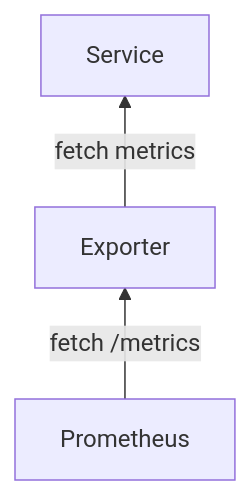
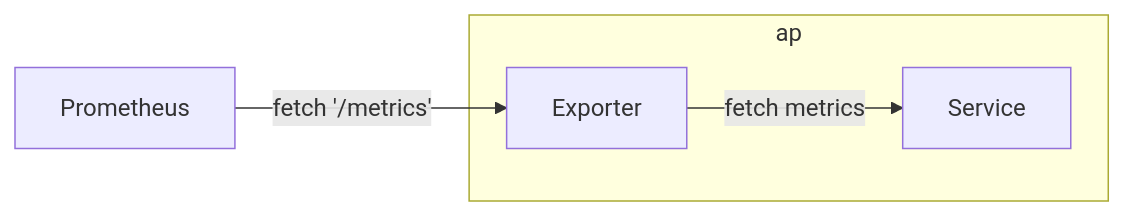
The second of 4 diagrams in DevOps/docker-composes/9090_prometheus/Prometheus.md (cool21540125/documentation-notes), drawn with Mermaid before and after one commit. The commit also changed other lines of this file and 8 other files, not shown here.

````diff
--- a/DevOps/docker-composes/9090_prometheus/Prometheus.md
+++ b/DevOps/docker-composes/9090_prometheus/Prometheus.md
@@ -34,6 +37,9 @@
 ```mermaid
-flowchart BT
+flowchart LR
 
-Exporter -- fetch metrics --> Service;
-Prometheus -- fetch /metrics --> Exporter;
+Prometheus -- fetch '/metrics' --> Exporter;
+
+subgraph ap
+    Exporter -- fetch metrics --> Service;
+end
 ```
````
